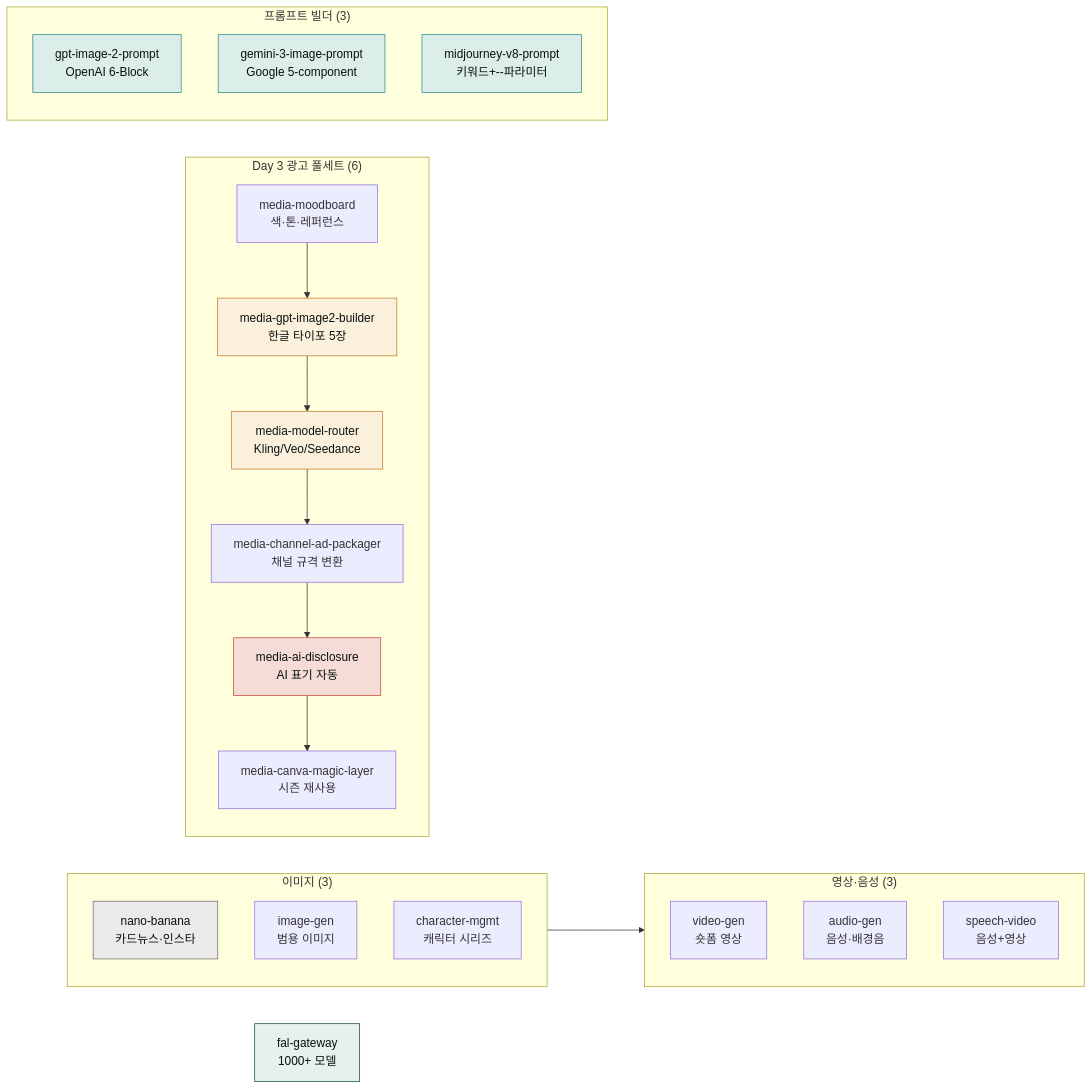
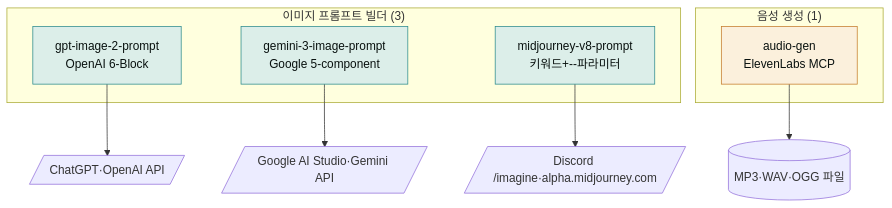
Before and after one commit to modu-ai/claude: the diagram in content/plugins/moai-media.md, drawn with Mermaid. The commit also changed other lines of this file and 92 other files, not shown here.

````diff
--- a/content/plugins/moai-media.md
+++ b/content/plugins/moai-media.md
@@ -13,37 +22,20 @@
 ```mermaid
-flowchart LR
-    subgraph 이미지["이미지 (3)"]
-        A["nano-banana<br/>카드뉴스·인스타"]
-        B["image-gen<br/>범용 이미지"]
-        C["character-mgmt<br/>캐릭터 시리즈"]
+flowchart TD
+    subgraph Prompt["이미지 프롬프트 빌더 (3)"]
+        A["gpt-image-2-prompt<br/>OpenAI 6-Block"]
+        B["gemini-3-image-prompt<br/>Google 5-component"]
+        C["midjourney-v8-prompt<br/>키워드+--파라미터"]
     end
-    subgraph 영상음성["영상·음성 (3)"]
-        D["video-gen<br/>숏폼 영상"]
-        E["audio-gen<br/>음성·배경음"]
-        F["speech-video<br/>음성+영상"]
+    subgraph Audio["음성 생성 (1)"]
+        D["audio-gen<br/>ElevenLabs MCP"]
     end
-    G["fal-gateway<br/>1000+ 모델"]
-    subgraph Day3["Day 3 광고 풀세트 (6)"]
-        H["media-moodboard<br/>색·톤·레퍼런스"]
-        I["media-gpt-image2-builder<br/>한글 타이포 5장"]
-        J["media-model-router<br/>Kling/Veo/Seedance"]
-        K["media-channel-ad-packager<br/>채널 규격 변환"]
-        L["media-ai-disclosure<br/>AI 표기 자동"]
-        M["media-canva-magic-layer<br/>시즌 재사용"]
-    end
-    subgraph Builder["프롬프트 빌더 (3)"]
-        N["gpt-image-2-prompt<br/>OpenAI 6-Block"]
-        O["gemini-3-image-prompt<br/>Google 5-component"]
-        P["midjourney-v8-prompt<br/>키워드+--파라미터"]
-    end
-    이미지 --> 영상음성
-    H --> I --> J --> K --> L --> M
-    style A fill:#eaeaea,stroke:#6e6e6e,color:#09110f
-    style G fill:#e6f0ef,stroke:#144a46,color:#09110f
-    style I fill:#fbf0dc,stroke:#c47b2a,color:#09110f
-    style J fill:#fbf0dc,stroke:#c47b2a,color:#09110f
-    style L fill:#f5dcd7,stroke:#c44a3a,color:#09110f
-    style N fill:#dceee9,stroke:#2a8a8c,color:#09110f
-    style O fill:#dceee9,stroke:#2a8a8c,color:#09110f
-    style P fill:#dceee9,stroke:#2a8a8c,color:#09110f
+    A --> E[/ChatGPT·OpenAI API/]
+    B --> F[/Google AI Studio·Gemini API/]
+    C --> G[/Discord /imagine·alpha.midjourney.com/]
+    D --> H[(MP3·WAV·OGG 파일)]
+
+    style A fill:#dceee9,stroke:#2a8a8c,color:#09110f
+    style B fill:#dceee9,stroke:#2a8a8c,color:#09110f
+    style C fill:#dceee9,stroke:#2a8a8c,color:#09110f
+    style D fill:#fbf0dc,stroke:#c47b2a,color:#09110f
 ```
````
